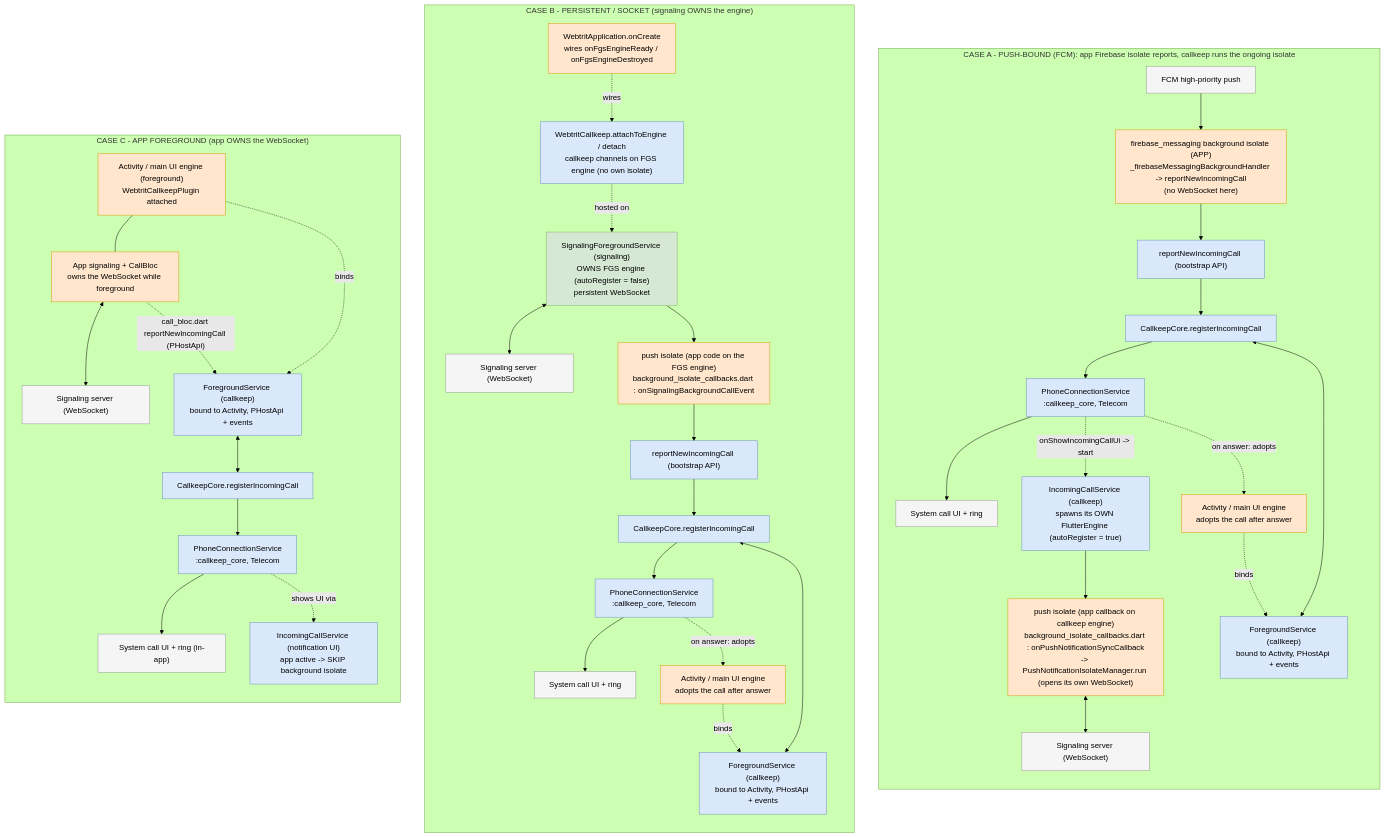
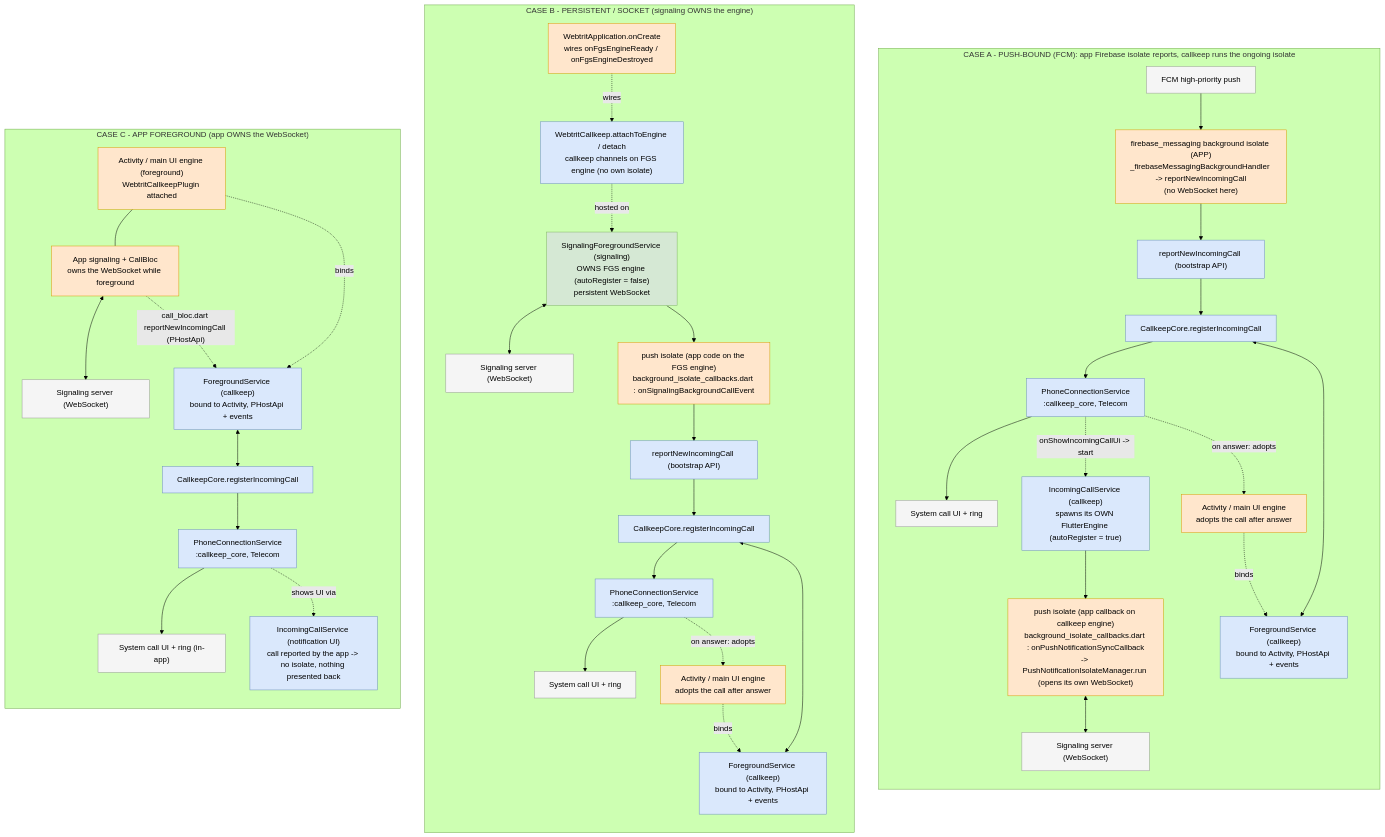
The first of 6 diagrams in phone/docs/incoming_call_scenarios.md (portaone/porta-phone-mobile-app), drawn with Mermaid (forest theme) before and after one commit. The commit also changed other lines of this file and 25 other files, not shown here.

````diff
--- a/phone/docs/incoming_call_scenarios.md
+++ b/phone/docs/incoming_call_scenarios.md
@@ -19,73 +19,73 @@
 ```mermaid
 flowchart TB
   classDef ck fill:#dae8fc,stroke:#6c8ebf,color:#000
   classDef sig fill:#d5e8d4,stroke:#82b366,color:#000
   classDef app fill:#ffe6cc,stroke:#d79b00,color:#000
   classDef ext fill:#f5f5f5,stroke:#999999,color:#000
 
   subgraph A["CASE A - PUSH-BOUND (FCM): app Firebase isolate reports, callkeep runs the ongoing isolate"]
     direction TB
     A_FCM["FCM high-priority push"]:::ext
     A_FMISO["firebase_messaging background isolate (APP)<br/>_firebaseMessagingBackgroundHandler -> reportNewIncomingCall<br/>(no WebSocket here)"]:::app
     A_BOOT["reportNewIncomingCall (bootstrap API)"]:::ck
     A_CKC["CallkeepCore.registerIncomingCall"]:::ck
     A_PCS["PhoneConnectionService<br/>:callkeep_core, Telecom"]:::ck
     A_TEL["System call UI + ring"]:::ext
     A_ICS["IncomingCallService (callkeep)<br/>spawns its OWN FlutterEngine (autoRegister = true)"]:::ck
     A_PISO["push isolate (app callback on callkeep engine)<br/>background_isolate_callbacks.dart : onPushNotificationSyncCallback<br/>-> PushNotificationIsolateManager.run (opens its own WebSocket)"]:::app
     A_WS["Signaling server (WebSocket)"]:::ext
     A_ACT["Activity / main UI engine<br/>adopts the call after answer"]:::app
     A_FGS["ForegroundService (callkeep)<br/>bound to Activity, PHostApi + events"]:::ck
 
     A_FCM --> A_FMISO --> A_BOOT --> A_CKC --> A_PCS --> A_TEL
     A_PCS -. "onShowIncomingCallUi -> start" .-> A_ICS
     A_ICS --> A_PISO
     A_PISO <--> A_WS
     A_PCS -. "on answer: adopts" .-> A_ACT
     A_ACT -. "binds" .-> A_FGS
     A_FGS <--> A_CKC
   end
 
   subgraph B["CASE B - PERSISTENT / SOCKET (signaling OWNS the engine)"]
     direction TB
     B_WApp["WebtritApplication.onCreate<br/>wires onFgsEngineReady / onFgsEngineDestroyed"]:::app
     B_ATT["WebtritCallkeep.attachToEngine / detach<br/>callkeep channels on FGS engine (no own isolate)"]:::ck
     B_SFGS["SignalingForegroundService (signaling)<br/>OWNS FGS engine (autoRegister = false)<br/>persistent WebSocket"]:::sig
     B_SISO["push isolate (app code on the FGS engine)<br/>background_isolate_callbacks.dart : onSignalingBackgroundCallEvent"]:::app
     B_WS["Signaling server (WebSocket)"]:::ext
     B_BOOT["reportNewIncomingCall (bootstrap API)"]:::ck
     B_CKC["CallkeepCore.registerIncomingCall"]:::ck
     B_PCS["PhoneConnectionService<br/>:callkeep_core, Telecom"]:::ck
     B_TEL["System call UI + ring"]:::ext
     B_ACT["Activity / main UI engine<br/>adopts the call after answer"]:::app
     B_FGS["ForegroundService (callkeep)<br/>bound to Activity, PHostApi + events"]:::ck
 
     B_WApp -. "wires" .-> B_ATT
     B_ATT -. "hosted on" .-> B_SFGS
     B_SFGS <--> B_WS
     B_SFGS --> B_SISO --> B_BOOT --> B_CKC --> B_PCS --> B_TEL
     B_PCS -. "on answer: adopts" .-> B_ACT
     B_ACT -. "binds" .-> B_FGS
     B_FGS <--> B_CKC
   end
 
   subgraph C["CASE C - APP FOREGROUND (app OWNS the WebSocket)"]
     direction TB
     C_ACT["Activity / main UI engine (foreground)<br/>WebtritCallkeepPlugin attached"]:::app
     C_SMOD["App signaling + CallBloc<br/>owns the WebSocket while foreground"]:::app
     C_WS["Signaling server (WebSocket)"]:::ext
     C_FGS["ForegroundService (callkeep)<br/>bound to Activity, PHostApi + events"]:::ck
     C_CKC["CallkeepCore.registerIncomingCall"]:::ck
     C_PCS["PhoneConnectionService<br/>:callkeep_core, Telecom"]:::ck
-    C_ICS["IncomingCallService (notification UI)<br/>app active -> SKIP background isolate"]:::ck
+    C_ICS["IncomingCallService (notification UI)<br/>call reported by the app -> no isolate, nothing presented back"]:::ck
     C_TEL["System call UI + ring (in-app)"]:::ext
 
     C_ACT --- C_SMOD
     C_SMOD <--> C_WS
     C_ACT -. "binds" .-> C_FGS
     C_SMOD -. "call_bloc.dart reportNewIncomingCall (PHostApi)" .-> C_FGS
     C_FGS <--> C_CKC
     C_CKC --> C_PCS --> C_TEL
     C_PCS -. "shows UI via" .-> C_ICS
   end
 ```
````
